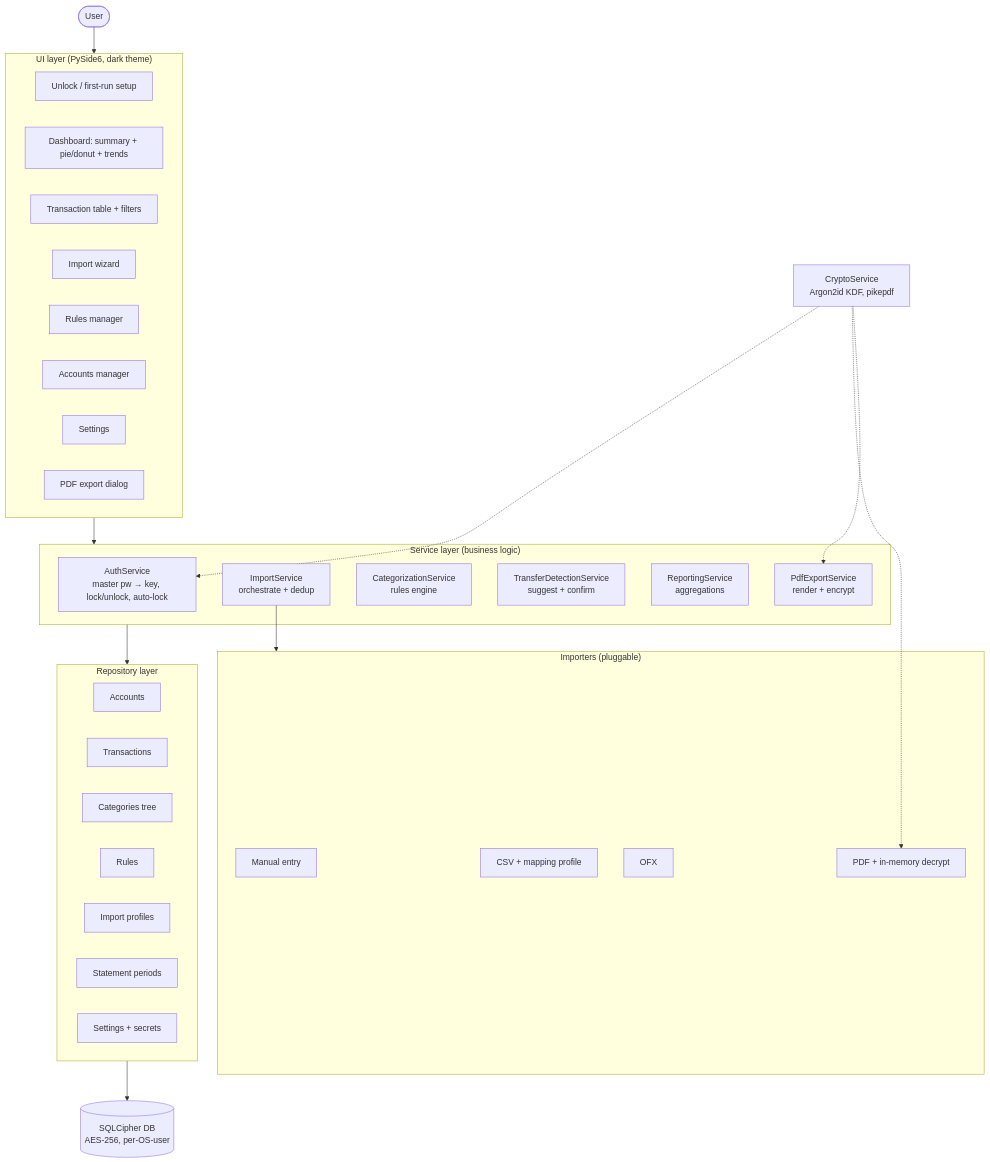
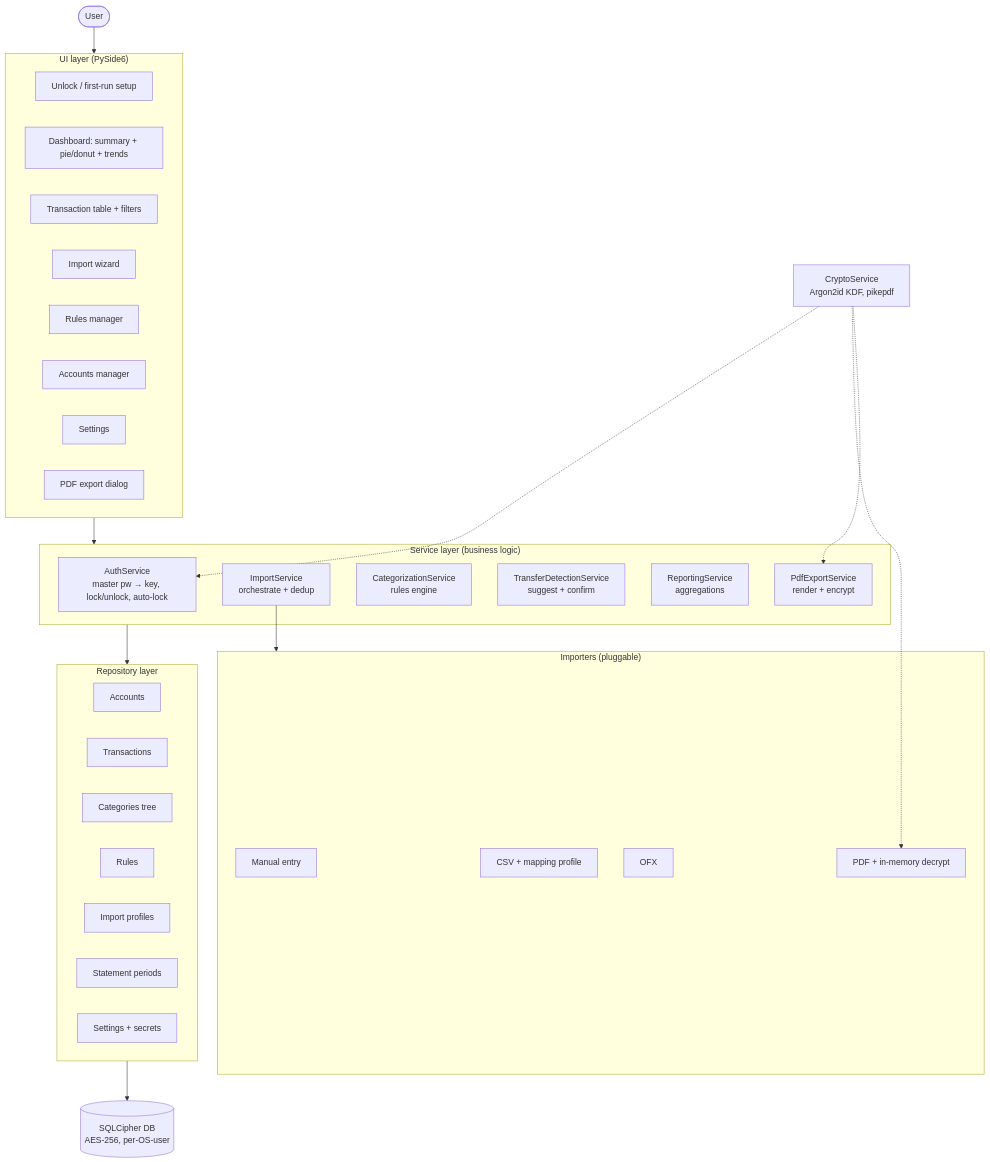
The diagram in docs/design.md (milnet01/finbreak), drawn with Mermaid before and after one commit. The commit also changed 3 other files, not shown here.

````diff
--- a/docs/design.md
+++ b/docs/design.md
@@ -20,52 +20,52 @@
 ```mermaid
 flowchart TB
     User([User]) --> UI
 
-    subgraph UI["UI layer (PySide6, dark theme)"]
+    subgraph UI["UI layer (PySide6)"]
         Unlock[Unlock / first-run setup]
         Dash[Dashboard: summary + pie/donut + trends]
         TxTable[Transaction table + filters]
         ImportWiz[Import wizard]
         Rules[Rules manager]
         Accounts[Accounts manager]
         Settings[Settings]
         Export[PDF export dialog]
     end
 
     UI --> Svc
 
     subgraph Svc["Service layer (business logic)"]
         Auth[AuthService<br/>master pw → key, lock/unlock, auto-lock]
         Import[ImportService<br/>orchestrate + dedup]
         Cat[CategorizationService<br/>rules engine]
         Transfer[TransferDetectionService<br/>suggest + confirm]
         Report[ReportingService<br/>aggregations]
         PdfOut[PdfExportService<br/>render + encrypt]
     end
 
     subgraph Importers["Importers (pluggable)"]
         Manual[Manual entry]
         Csv[CSV + mapping profile]
         Ofx[OFX]
         PdfIn[PDF + in-memory decrypt]
     end
 
     Import --> Importers
     Svc --> Repo
 
     subgraph Repo["Repository layer"]
         AccRepo[Accounts]
         TxRepo[Transactions]
         CatRepo[Categories tree]
         RuleRepo[Rules]
         ProfRepo[Import profiles]
         StmtRepo[Statement periods]
         SetRepo[Settings + secrets]
     end
 
     Repo --> DB[(SQLCipher DB<br/>AES-256, per-OS-user)]
 
     Crypto[CryptoService<br/>Argon2id KDF, pikepdf] -.-> Auth
     Crypto -.-> PdfIn
     Crypto -.-> PdfOut
 ```
````
